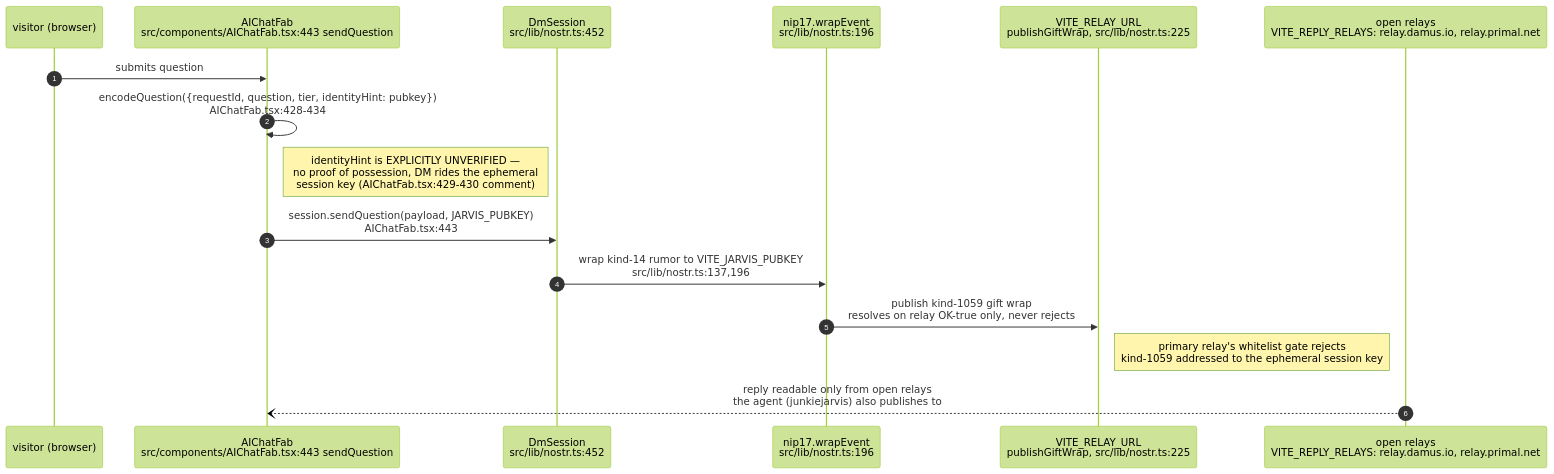
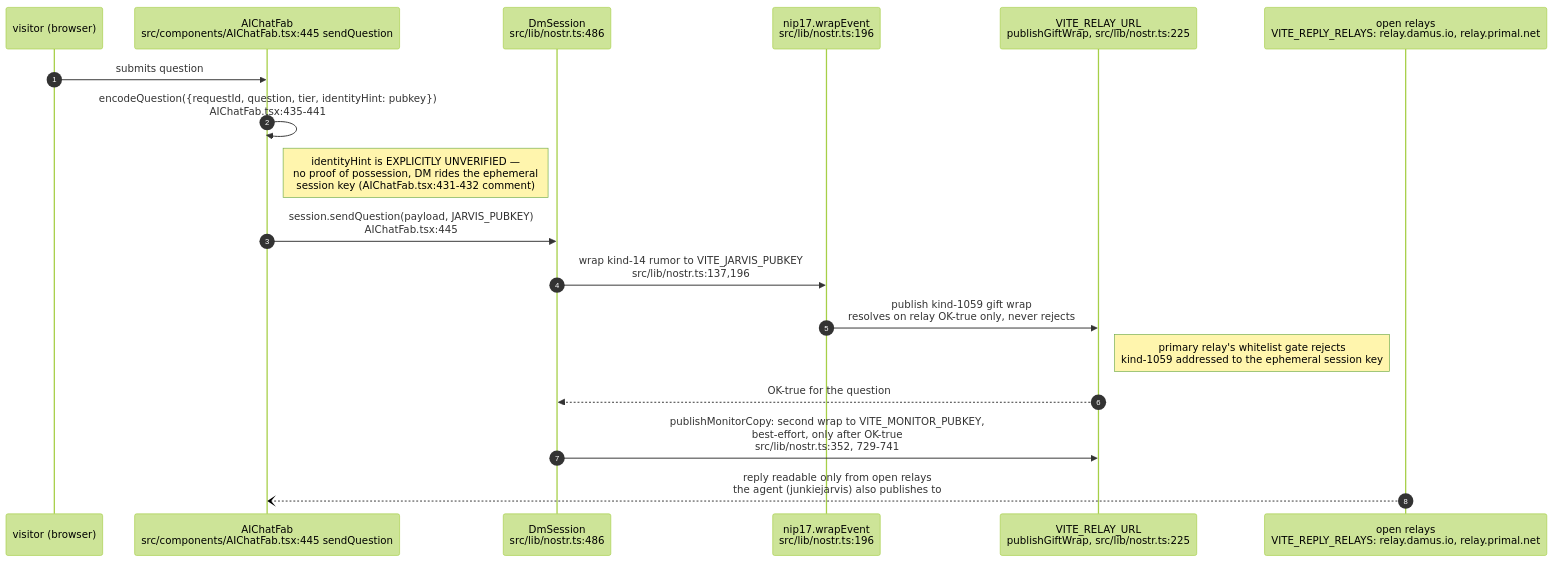
One commit to DreamLab-AI/VisionFlow changed the second of 7 diagrams in docs/diagrams/dreamlab-ai-website/04-identity-zones-and-security-posture.md. Above: the diagram before and after it, drawn with Mermaid (forest theme). The commit also changed other lines of this file and 160 other files, not shown here.

````diff
--- a/docs/diagrams/dreamlab-ai-website/04-identity-zones-and-security-posture.md
+++ b/docs/diagrams/dreamlab-ai-website/04-identity-zones-and-security-posture.md
@@ -33,18 +38,20 @@
 ```mermaid
 sequenceDiagram
     autonumber
     participant U as visitor (browser)
-    participant FAB as AIChatFab<br/>src/components/AIChatFab.tsx:443 sendQuestion
-    participant DM as DmSession<br/>src/lib/nostr.ts:452
+    participant FAB as AIChatFab<br/>src/components/AIChatFab.tsx:445 sendQuestion
+    participant DM as DmSession<br/>src/lib/nostr.ts:486
     participant W as nip17.wrapEvent<br/>src/lib/nostr.ts:196
     participant R as VITE_RELAY_URL<br/>publishGiftWrap, src/lib/nostr.ts:225
     participant OPEN as open relays<br/>VITE_REPLY_RELAYS: relay.damus.io, relay.primal.net
     U->>FAB: submits question
-    FAB->>FAB: encodeQuestion({requestId, question, tier, identityHint: pubkey})<br/>AIChatFab.tsx:428-434
-    Note right of FAB: identityHint is EXPLICITLY UNVERIFIED —<br/>no proof of possession, DM rides the ephemeral<br/>session key (AIChatFab.tsx:429-430 comment)
-    FAB->>DM: session.sendQuestion(payload, JARVIS_PUBKEY)<br/>AIChatFab.tsx:443
+    FAB->>FAB: encodeQuestion({requestId, question, tier, identityHint: pubkey})<br/>AIChatFab.tsx:435-441
+    Note right of FAB: identityHint is EXPLICITLY UNVERIFIED —<br/>no proof of possession, DM rides the ephemeral<br/>session key (AIChatFab.tsx:431-432 comment)
+    FAB->>DM: session.sendQuestion(payload, JARVIS_PUBKEY)<br/>AIChatFab.tsx:445
     DM->>W: wrap kind-14 rumor to VITE_JARVIS_PUBKEY<br/>src/lib/nostr.ts:137,196
     W->>R: publish kind-1059 gift wrap<br/>resolves on relay OK-true only, never rejects
     Note right of R: primary relay's whitelist gate rejects<br/>kind-1059 addressed to the ephemeral session key
+    R-->>DM: OK-true for the question
+    DM->>R: publishMonitorCopy: second wrap to VITE_MONITOR_PUBKEY,<br/>best-effort, only after OK-true<br/>src/lib/nostr.ts:352, 729-741
     OPEN--)FAB: reply readable only from open relays<br/>the agent (junkiejarvis) also publishes to
 ```
````
